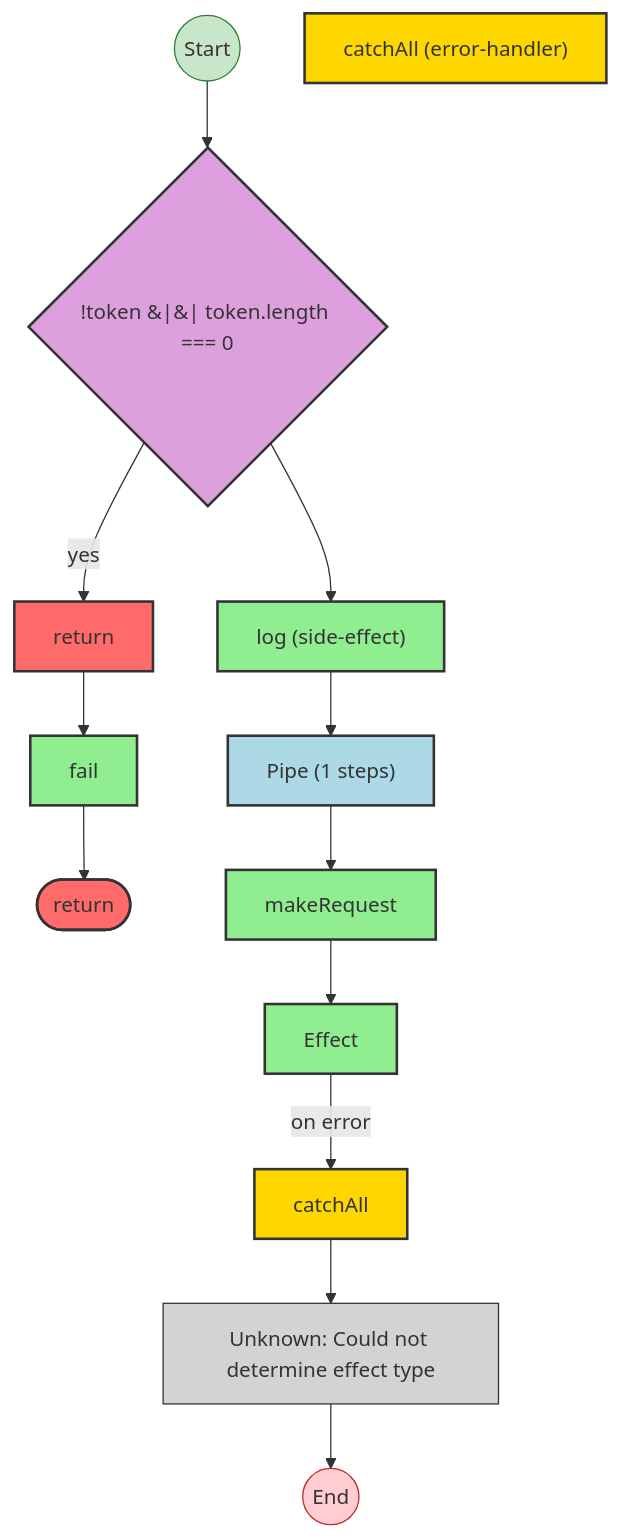
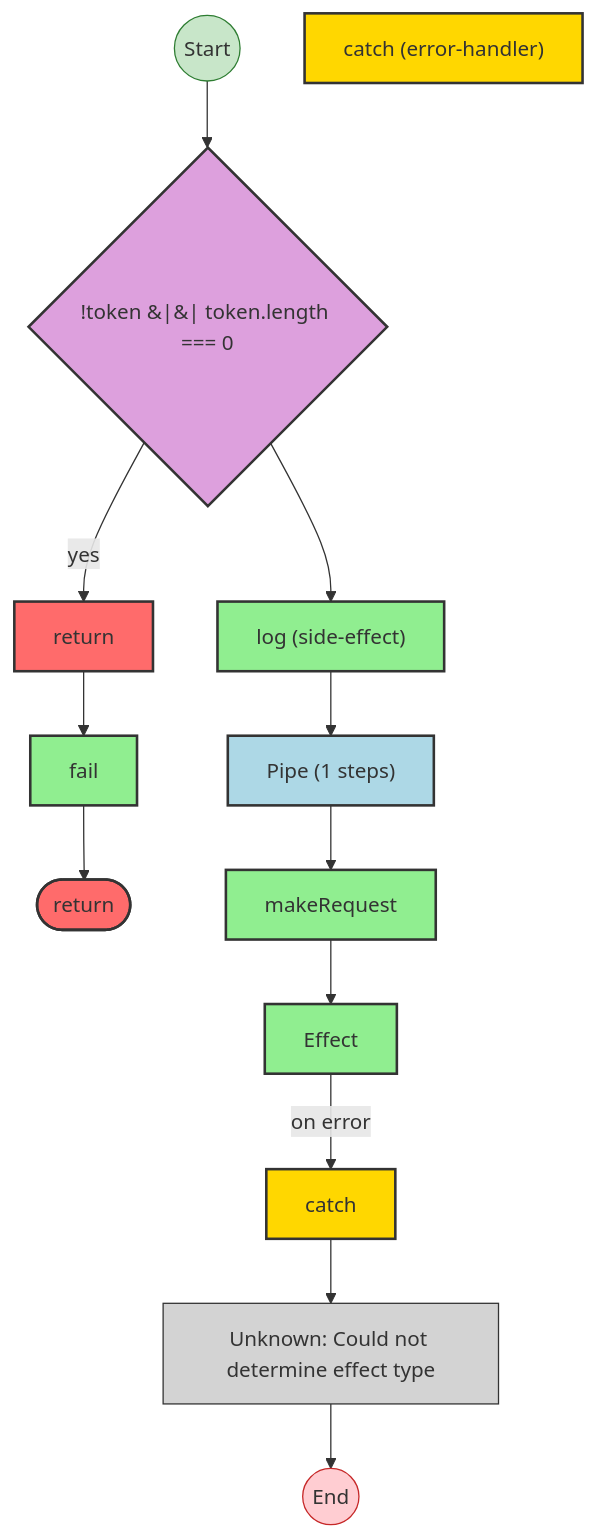
The fifth of 15 diagrams in packages/effect-analyzer/src/__fixtures__/real-world-patterns.effect-analysis.md (jagreehal/effect-analyzer), drawn with Mermaid before and after one commit. The commit also changed other lines of this file and 131 other files, not shown here.

First line of the commit message:
feat!: Effect v4-only architecture with decomposed analysis interface (#202)

````diff
--- a/packages/effect-analyzer/src/__fixtures__/real-world-patterns.effect-analysis.md
+++ b/packages/effect-analyzer/src/__fixtures__/real-world-patterns.effect-analysis.md
@@ -322,56 +322,56 @@
 ```mermaid
 flowchart TB
 
   %% Program: authenticatedCall
 
   start((Start))
   end_node((End))
 
   decision_3{"!token &#124;&#124; token.length === 0"}
   n4["return"]
   term_5(["return"])
   n6["fail"]
   n7["log (side-effect)"]
   n8["Pipe (1 steps)"]
   n9["makeRequest"]
-  n10["catchAll (error-handler)"]
+  n10["catch (error-handler)"]
   n11["Effect"]
-  err_handler_12["catchAll"]
+  err_handler_12["catch"]
   n13["Unknown: Could not determine effect type"]
 
   %% Edges
   n4 --> n6
   n6 --> term_5
   decision_3 -->|yes| n4
   decision_3 --> n7
   n11 -->|on error| err_handler_12
   err_handler_12 --> n13
   n9 --> n11
   n8 --> n9
   n7 --> n8
   start --> decision_3
   n13 --> end_node
 
   %% Styles
   classDef startStyle fill:#c8e6c9,stroke:#2e7d32
   classDef endStyle fill:#ffcdd2,stroke:#c62828
   classDef effectStyle fill:#90EE90,stroke:#333,stroke-width:2px
   classDef pipeStyle fill:#ADD8E6,stroke:#333,stroke-width:2px
   classDef errorHandlerStyle fill:#FFD700,stroke:#333,stroke-width:2px
   classDef decisionStyle fill:#DDA0DD,stroke:#333,stroke-width:2px
   classDef terminalStyle fill:#FF6B6B,stroke:#333,stroke-width:2px
   classDef unknownStyle fill:#D3D3D3,stroke:#333,stroke-width:1px
   class start startStyle
   class end_node endStyle
   class decision_3 decisionStyle
   class n4 terminalStyle
   class term_5 terminalStyle
   class n6 effectStyle
   class n7 effectStyle
   class n8 pipeStyle
   class n9 effectStyle
   class n10 errorHandlerStyle
   class n11 effectStyle
   class err_handler_12 errorHandlerStyle
   class n13 unknownStyle
 ```
````
